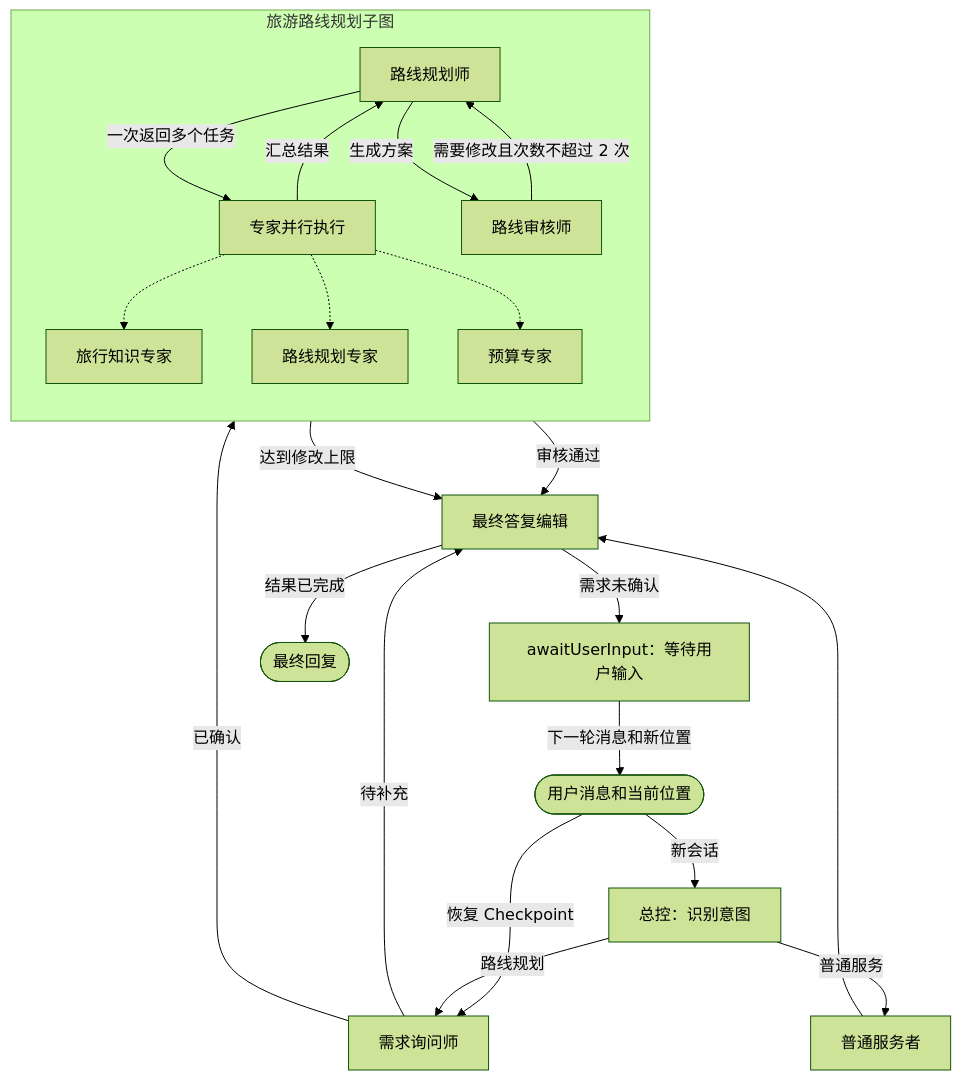
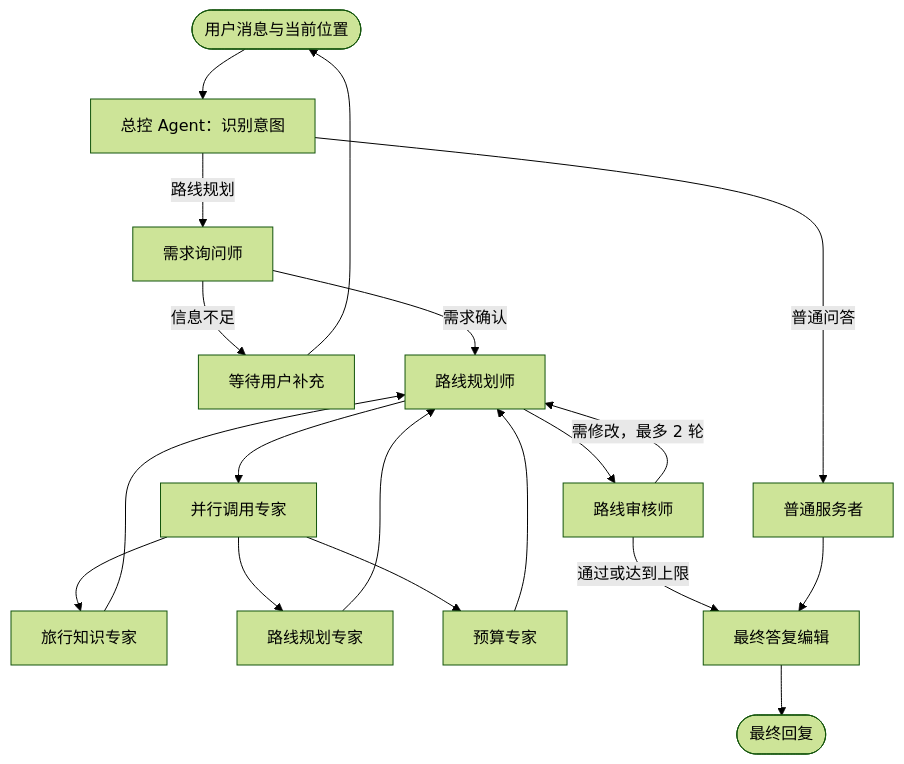
The first of 3 diagrams in README.md (NDAKJin/travel-agent), drawn with Mermaid (forest theme) before and after one commit. The commit also changed other lines of this file and 1102 other files, not shown here.

````diff
--- a/README.md
+++ b/README.md
@@ -56,39 +76,21 @@
 ```mermaid
 flowchart TD
-    message(["用户消息和当前位置"])
-    supervisor["总控：识别意图"]
-    requirements["需求询问师"]
-    subgraph routePlanning["旅游路线规划子图"]
-        direction TB
-        planner["路线规划师"]
-        parallel["专家并行执行"]
-        knowledge["旅行知识专家"]
-        routeExpert["路线规划专家"]
-        budget["预算专家"]
-        reviewer["路线审核师"]
-        planner -->|一次返回多个任务| parallel
-        parallel -.-> knowledge
-        parallel -.-> routeExpert
-        parallel -.-> budget
-        parallel -->|汇总结果| planner
-        planner -->|生成方案| reviewer
-        reviewer -->|需要修改且次数不超过 2 次| planner
-    end
-    normal["普通服务者"]
-    finalize["最终答复编辑"]
-    wait["awaitUserInput：等待用户输入"]
-    response(["最终回复"])
-
-    message -->|新会话| supervisor
-    message -->|恢复 Checkpoint| requirements
-    supervisor -->|路线规划| requirements
-    supervisor -->|普通服务| normal
-    requirements -->|已确认| planner
-    requirements -->|待补充| finalize
-    reviewer -->|审核通过| finalize
-    reviewer -->|达到修改上限| finalize
+    message([用户消息与当前位置]) --> supervisor[总控 Agent：识别意图]
+    supervisor -->|普通问答| normal[普通服务者]
+    supervisor -->|路线规划| requirements[需求询问师]
+    requirements -->|信息不足| wait[等待用户补充]
+    requirements -->|需求确认| planner[路线规划师]
+    planner --> parallel[并行调用专家]
+    parallel --> knowledge[旅行知识专家]
+    parallel --> route[路线规划专家]
+    parallel --> budget[预算专家]
+    knowledge --> planner
+    route --> planner
+    budget --> planner
+    planner --> reviewer[路线审核师]
+    reviewer -->|需修改，最多 2 轮| planner
+    reviewer -->|通过或达到上限| finalize[最终答复编辑]
     normal --> finalize
-    finalize -->|需求未确认| wait
-    finalize -->|结果已完成| response
-    wait -->|下一轮消息和新位置| message
+    wait --> message
+    finalize --> response([最终回复])
 ```
````
